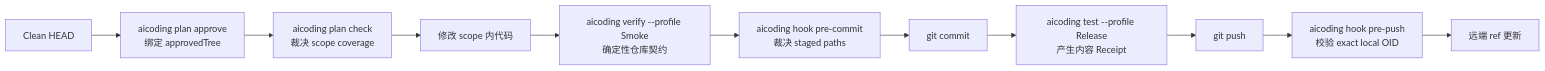
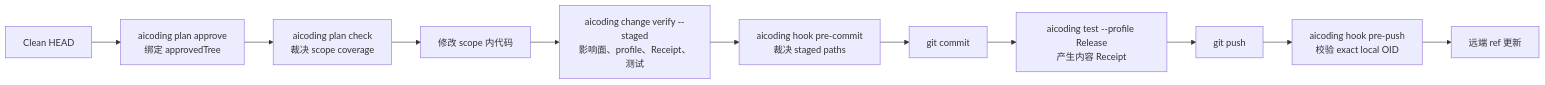
The diagram in docs/COMMANDS.md (JiaxI2/AiCoding), drawn with Mermaid before and after one commit. The commit also changed other lines of this file and 21 other files, not shown here.

````diff
--- a/docs/COMMANDS.md
+++ b/docs/COMMANDS.md
@@ -47,15 +50,15 @@
 ```mermaid
 flowchart LR
   CLEAN["Clean HEAD"]
   APPROVE["aicoding plan approve<br/>绑定 approvedTree"]
   CHECK["aicoding plan check<br/>裁决 scope coverage"]
   EDIT["修改 scope 内代码"]
-  VERIFY["aicoding verify --profile Smoke<br/>确定性仓库契约"]
+  VERIFY["aicoding change verify --staged<br/>影响面、profile、Receipt、测试"]
   PRE["aicoding hook pre-commit<br/>裁决 staged paths"]
   COMMIT["git commit"]
   RELEASE["aicoding test --profile Release<br/>产生内容 Receipt"]
   PUSH["git push"]
   GATE["aicoding hook pre-push<br/>校验 exact local OID"]
   REMOTE["远端 ref 更新"]
   CLEAN --> APPROVE --> CHECK --> EDIT --> VERIFY --> PRE --> COMMIT --> RELEASE --> PUSH --> GATE --> REMOTE
 ```
````
